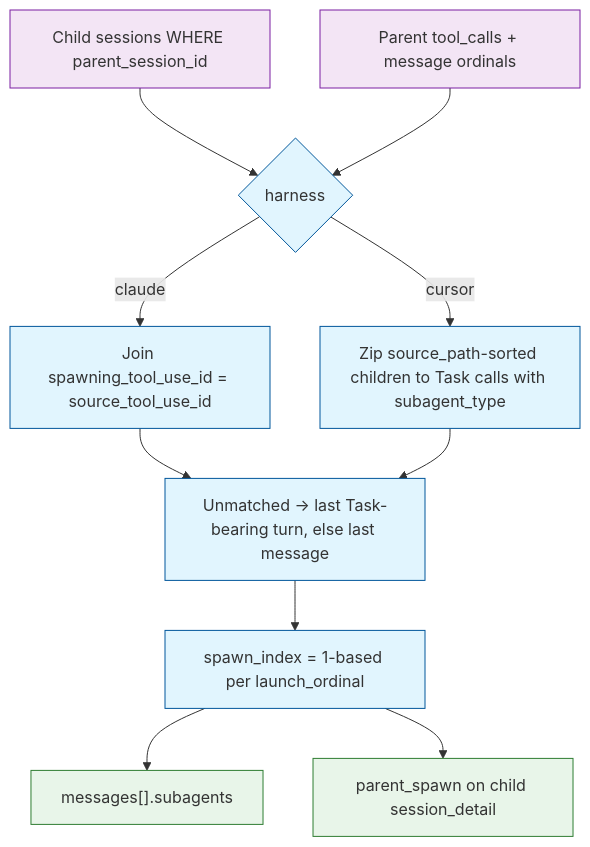
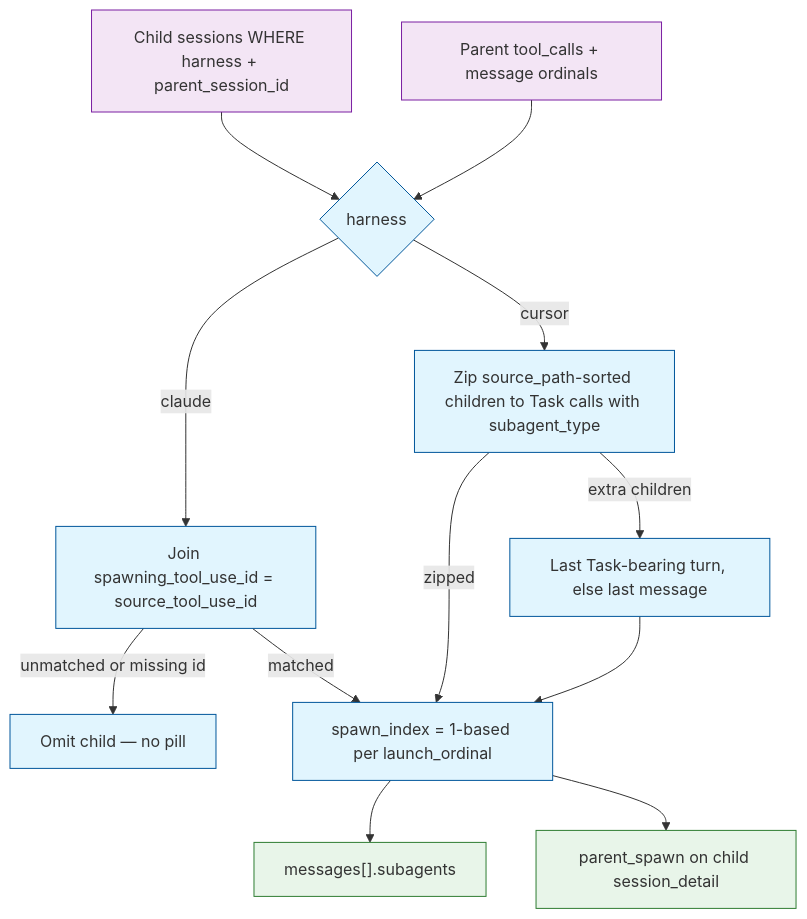
One commit to Texarkanine/stockroom changed the diagram in memory-bank/active/creative/creative-spawn-association.md. Above: the diagram before and after it, drawn with Mermaid. The commit also changed other lines of this file and 5 other files, not shown here.

````diff
--- a/memory-bank/active/creative/creative-spawn-association.md
+++ b/memory-bank/active/creative/creative-spawn-association.md
@@ -70,16 +70,18 @@
 ```mermaid
 flowchart TD
     classDef store fill:#f3e5f5,stroke:#7b1fa2;
     classDef logic fill:#e1f5fe,stroke:#01579b;
     classDef out fill:#e8f5e9,stroke:#2e7d32;
 
-    Kids["Child sessions WHERE parent_session_id"]:::store --> Branch{"harness"}:::logic
+    Kids["Child sessions WHERE harness + parent_session_id"]:::store --> Branch{"harness"}:::logic
     Tools["Parent tool_calls + message ordinals"]:::store --> Branch
     Branch -->|"claude"| Join["Join spawning_tool_use_id = source_tool_use_id"]:::logic
     Branch -->|"cursor"| Zip["Zip source_path-sorted children to Task calls with subagent_type"]:::logic
-    Join --> Leftover["Unmatched → last Task-bearing turn, else last message"]:::logic
-    Zip --> Leftover
+    Join -->|"unmatched or missing id"| Omit["Omit child — no pill"]:::logic
+    Join -->|"matched"| Index
+    Zip -->|"extra children"| Leftover["Last Task-bearing turn, else last message"]:::logic
+    Zip -->|"zipped"| Index
     Leftover --> Index["spawn_index = 1-based per launch_ordinal"]:::logic
     Index --> Msg["messages[].subagents"]:::out
     Index --> Back["parent_spawn on child session_detail"]:::out
 ```
````
